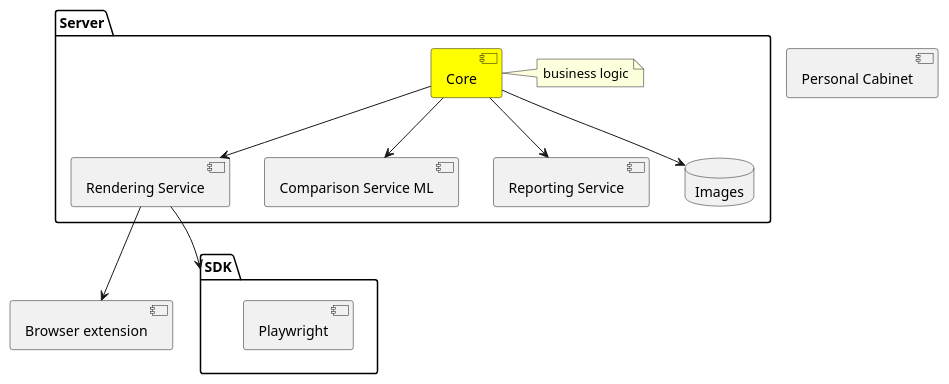
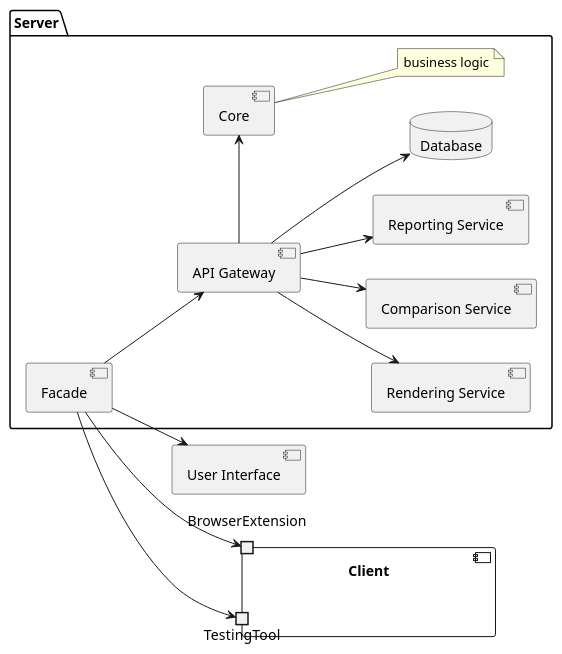
One commit to Alexander-64/microservices-description changed the diagram in microservices/architecture.plantuml. Above: the diagram before and after it, drawn with PlantUML. The commit also changed 1 other file, not shown here.

Commit message:
updated diagrams

```diff
--- a/microservices/architecture.plantuml
+++ b/microservices/architecture.plantuml
@@ -1,39 +1,37 @@
 @startuml
 
-package "SDK" {
-  [Playwright]
-  
 
-
-
-}
-
-[Browser extension]
-
+left to right direction
 
 package "Server" {
-  
+
+  [Facade] 
+  [API Gateway]
   [Rendering Service]
-  [Core] #Yellow
-  [Comparison Service ML]
+  [Core]
+  [Comparison Service]
   [Reporting Service]
-
-  [Core] --> [Rendering Service]
-  [Core] --> [Comparison Service ML]
-  [Core] --> [Reporting Service]
-  [Core] --> Images
+  [Facade] --> [API Gateway]
+  [API Gateway] --> [Rendering Service]
+  [API Gateway] -> [Core]
+  [API Gateway] --> [Comparison Service]
+  [API Gateway] --> [Reporting Service]
+  [API Gateway] --> Database
 
   note right of Core: business logic
 
-  database "Images" {
+  database "Database" {
 
   }
 }
 
+component Client {
+  port TestingTool
+  port BrowserExtension
+}
 
-[Rendering Service] --> [SDK]
-[Rendering Service] --> [Browser extension]
-
-[Personal Cabinet]
+[Facade] --> TestingTool
+[Facade] --> BrowserExtension
+[Facade] --> [User Interface]
 
 @enduml
```
